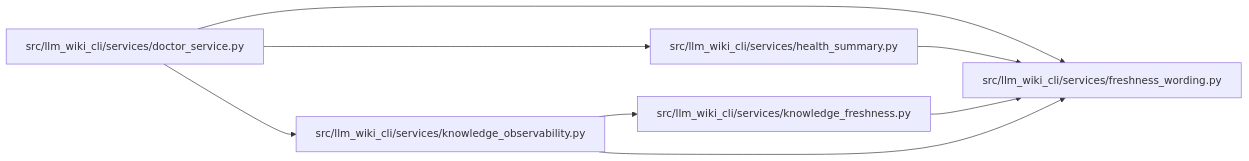
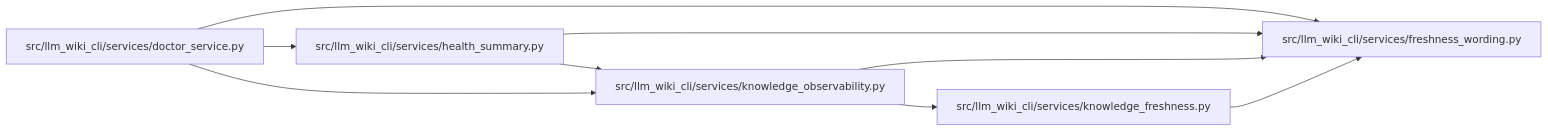
The diagram in docs/llm_wiki/modules/freshness_wording.md (Denissvgn/python-wiki-llm), drawn with Mermaid before and after one commit. The commit also changed 581 other files, not shown here.

````diff
--- a/docs/llm_wiki/modules/freshness_wording.md
+++ b/docs/llm_wiki/modules/freshness_wording.md
@@ -12,20 +12,21 @@
 ```mermaid
 flowchart LR
     n0["src/llm_wiki_cli/services/doctor_service.py"]
     n1["src/llm_wiki_cli/services/freshness_wording.py"]
     n2["src/llm_wiki_cli/services/health_summary.py"]
     n3["src/llm_wiki_cli/services/knowledge_freshness.py"]
     n4["src/llm_wiki_cli/services/knowledge_observability.py"]
     n0 --> n1
     n0 --> n2
     n0 --> n4
     n2 --> n1
+    n2 --> n4
     n3 --> n1
     n4 --> n1
     n4 --> n3
     click n0 "../modules/doctor_service.md"
     click n1 "../modules/freshness_wording.md"
     click n2 "../modules/health_summary.md"
     click n3 "../modules/knowledge_freshness.md"
     click n4 "../modules/knowledge_observability.md"
 ```
````
